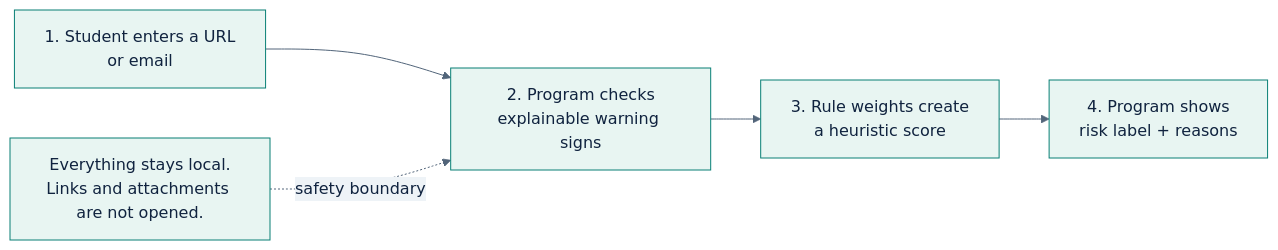
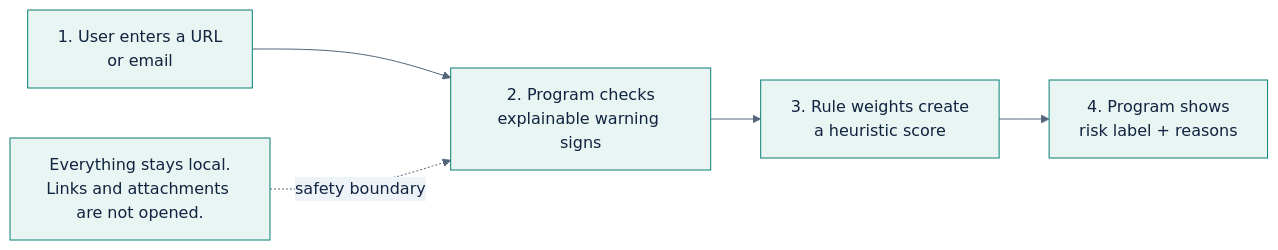
One commit to Tyreezebreezy/capstone-phishing-detector changed the diagram in docs/diagrams/simplified-overview.mmd. Above: the diagram before and after it, drawn with Mermaid. The commit also changed 29 other files, not shown here.

Commit message:
Polish project documentation and correct implementation diagrams

```diff
--- a/docs/diagrams/simplified-overview.mmd
+++ b/docs/diagrams/simplified-overview.mmd
@@ -1,7 +1,7 @@
 %%{init: {"theme":"base","themeVariables":{"primaryColor":"#e8f5f2","primaryTextColor":"#10233f","primaryBorderColor":"#087f75","lineColor":"#52657a","secondaryColor":"#eef3f7","tertiaryColor":"#fff7df","fontFamily":"Arial"}}}%%
 flowchart LR
-    Input["1. Student enters a URL<br/>or email"] --> Inspect["2. Program checks<br/>explainable warning signs"]
+    Input["1. User enters a URL<br/>or email"] --> Inspect["2. Program checks<br/>explainable warning signs"]
     Inspect --> Score["3. Rule weights create<br/>a heuristic score"]
     Score --> Explain["4. Program shows<br/>risk label + reasons"]
     Safety["Everything stays local.<br/>Links and attachments are not opened."]
     Safety -. safety boundary .-> Inspect
```
